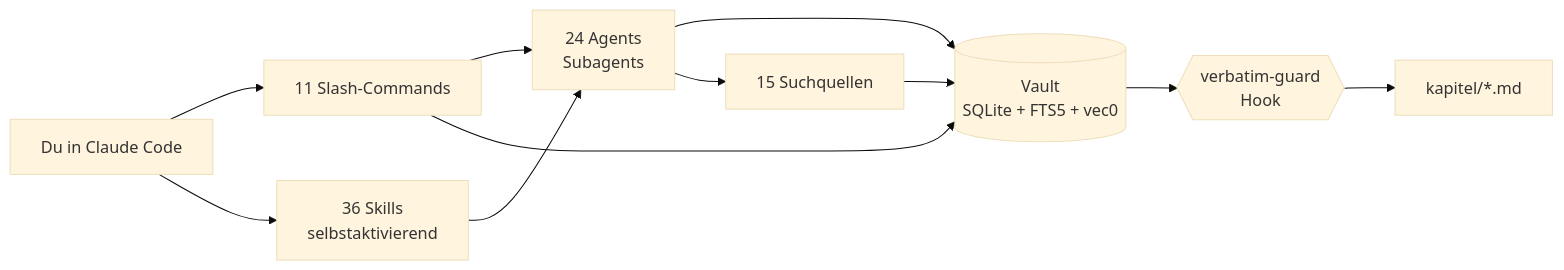
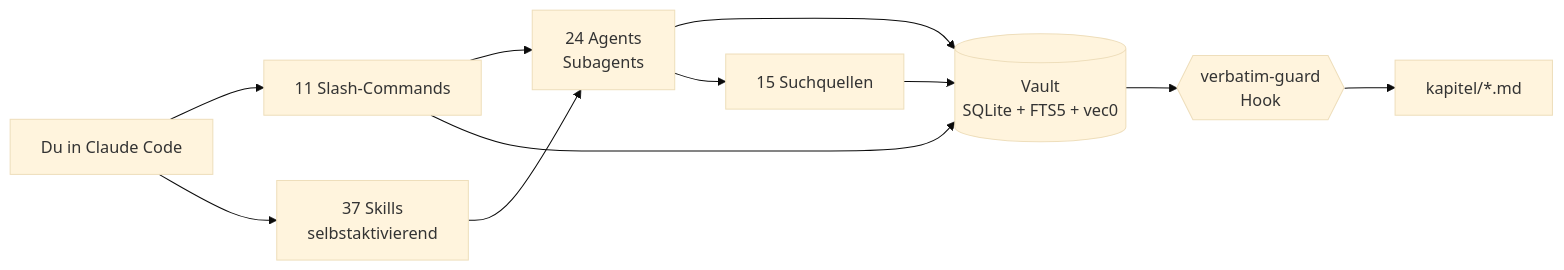
Before and after one commit to ahlerjam/academic-research: the diagram in README.md, drawn with Mermaid (base theme). The commit also changed other lines of this file and 20 other files, not shown here.

````diff
--- a/README.md
+++ b/README.md
@@ -76,13 +76,13 @@
 ```mermaid
 graph LR
     U[Du in Claude Code] --> C[11 Slash-Commands]
-    U --> S[36 Skills<br/>selbstaktivierend]
+    U --> S[37 Skills<br/>selbstaktivierend]
     C --> A[24 Agents<br/>Subagents]
     S --> A
     A --> V[(Vault<br/>SQLite + FTS5 + vec0)]
     C --> V
     A --> Q[15 Suchquellen]
     Q --> V
     V --> H{{verbatim-guard<br/>Hook}}
     H --> K[kapitel/*.md]
 ```
````
